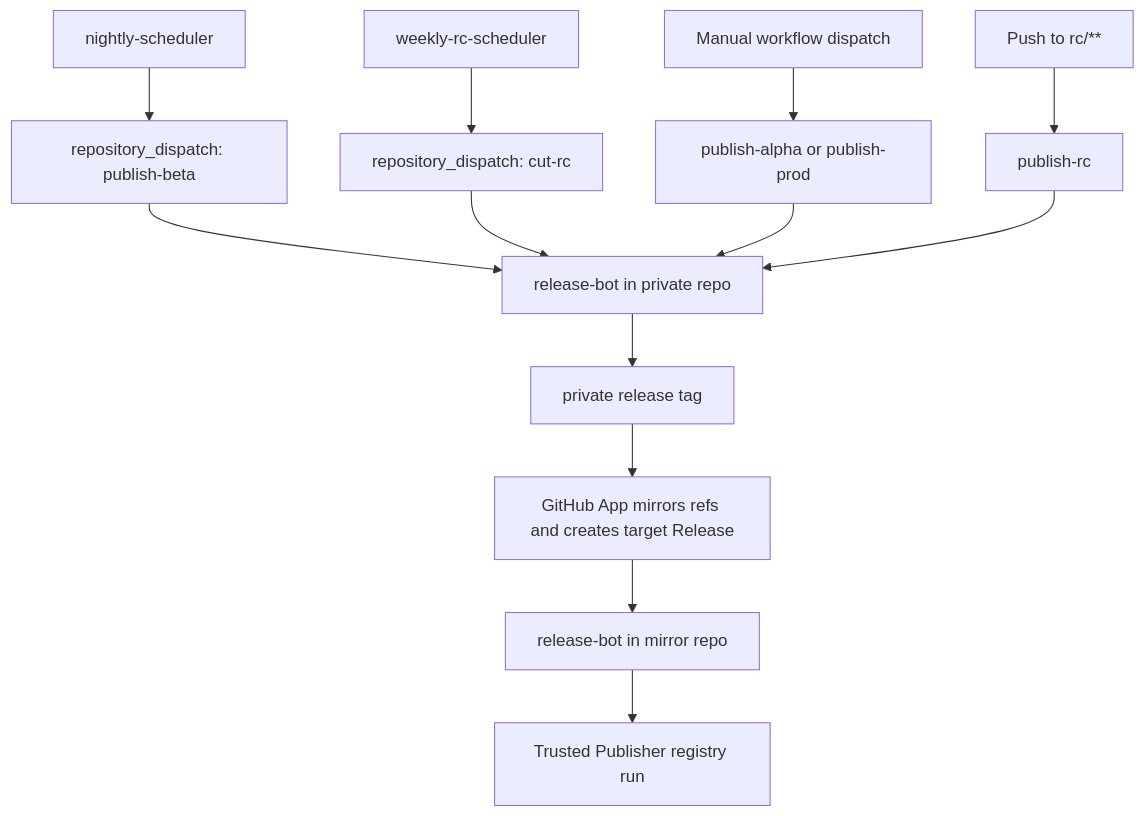
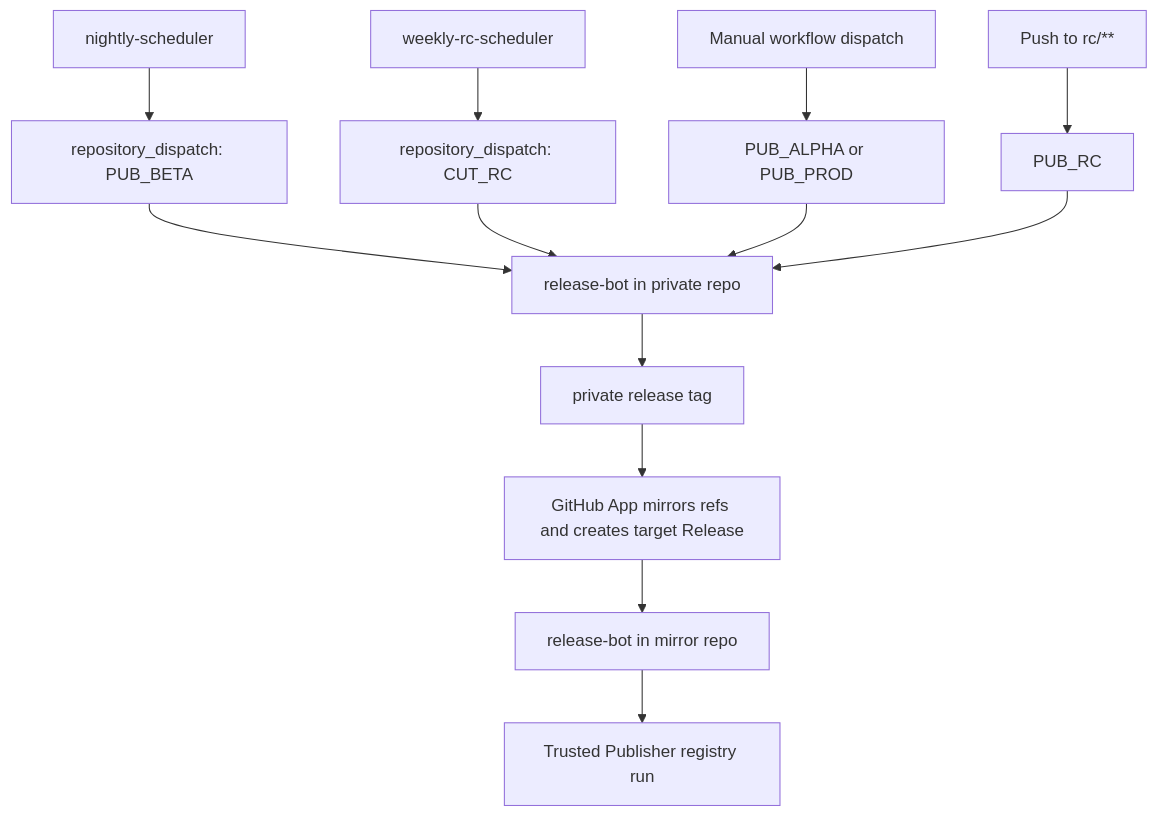
The diagram in README.md (loomb-oai/test-public-repo), drawn with Mermaid before and after one commit. The commit also changed other lines of this file and 3 other files, not shown here.

````diff
--- a/README.md
+++ b/README.md
@@ -106,15 +107,15 @@
 ```mermaid
 flowchart TD
-  A["nightly-scheduler"] --> C["repository_dispatch: publish-beta"]
-  B["weekly-rc-scheduler"] --> D["repository_dispatch: cut-rc"]
-  E["Manual workflow dispatch"] --> F["publish-alpha or publish-prod"]
-  G["Push to rc/**"] --> H["publish-rc"]
+  A["nightly-scheduler"] --> C["repository_dispatch: PUB_BETA"]
+  B["weekly-rc-scheduler"] --> D["repository_dispatch: CUT_RC"]
+  E["Manual workflow dispatch"] --> F["PUB_ALPHA or PUB_PROD"]
+  G["Push to rc/**"] --> H["PUB_RC"]
   C --> I["release-bot in private repo"]
   D --> I
   F --> I
   H --> I
   I --> J["private release tag"]
   J --> K["GitHub App mirrors refs and creates target Release"]
   K --> L["release-bot in mirror repo"]
   L --> M["Trusted Publisher registry run"]
 ```
````
